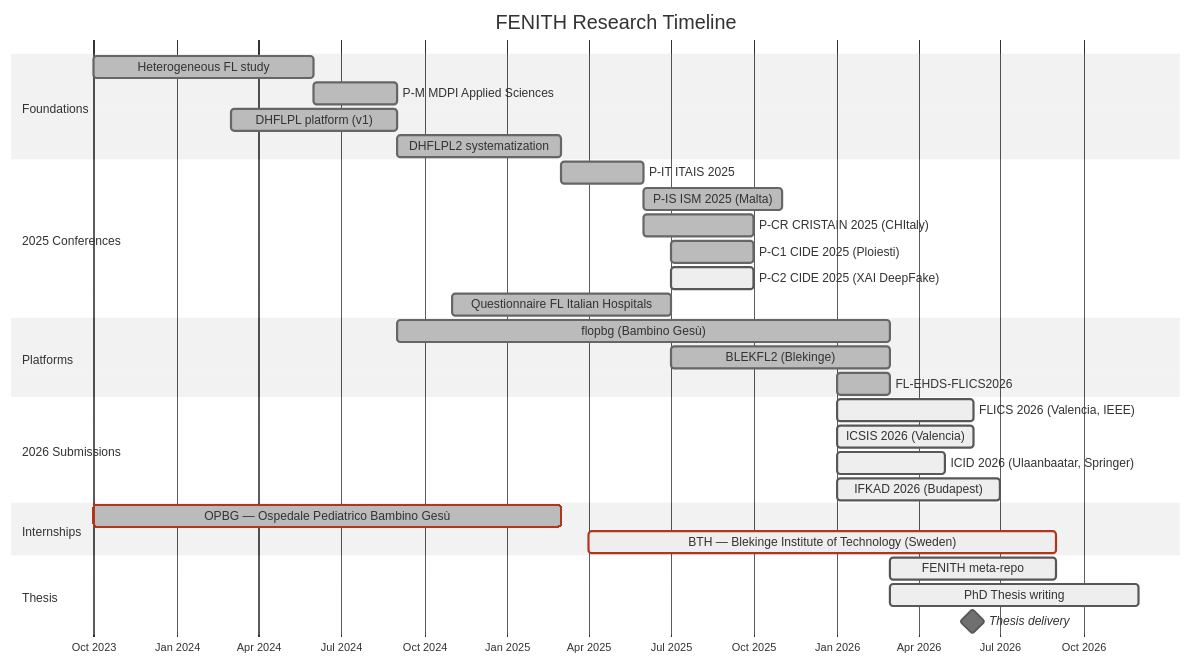
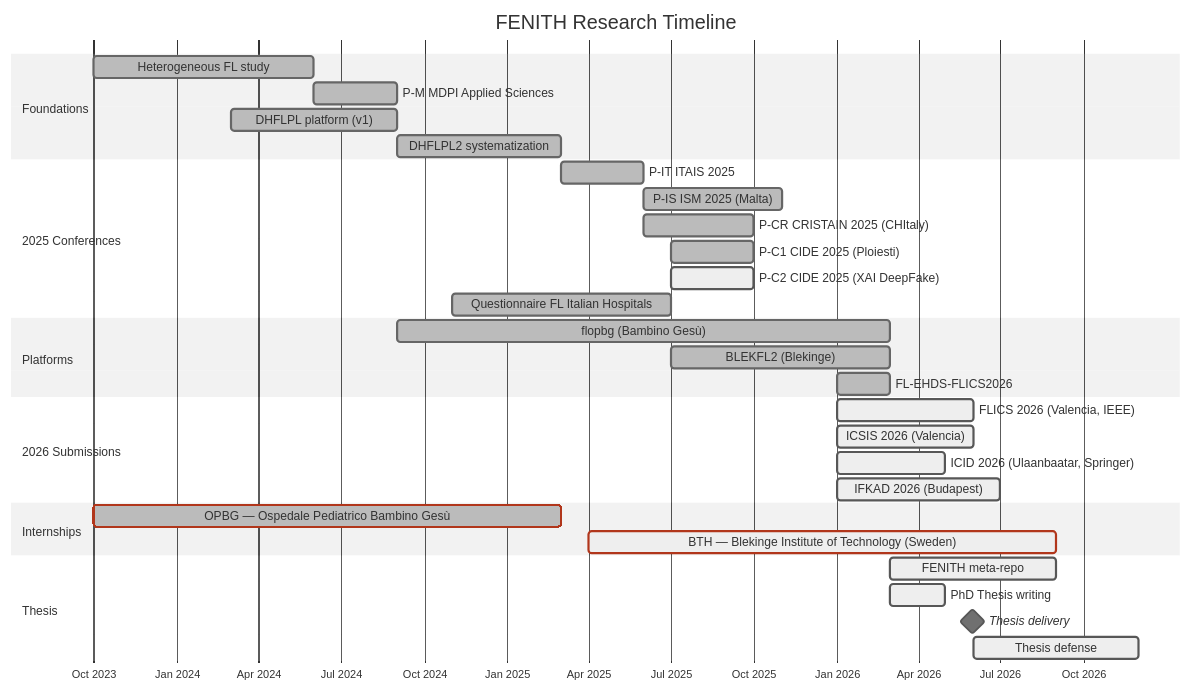
Before and after one commit to FabioLiberti/FENITH2: the diagram in README.md, drawn with Mermaid (neutral theme). The commit also changed other lines of this file and 4 other files, not shown here.

````diff
--- a/README.md
+++ b/README.md
@@ -127,40 +149,41 @@
 ```mermaid
 gantt
     title FENITH Research Timeline
     dateFormat YYYY-MM
     axisFormat %b %Y
 
     section Foundations
     Heterogeneous FL study           :done, 2023-10, 2024-06
     P-M MDPI Applied Sciences        :done, pm, 2024-06, 2024-09
     DHFLPL platform (v1)             :done, 2024-03, 2024-09
     DHFLPL2 systematization          :done, 2024-09, 2025-03
 
     section 2025 Conferences
     P-IT ITAIS 2025                  :done, 2025-03, 2025-06
     P-IS ISM 2025 (Malta)            :done, 2025-06, 2025-11
     P-CR CRISTAIN 2025 (CHItaly)     :done, 2025-06, 2025-10
     P-C1 CIDE 2025 (Ploiesti)       :done, 2025-07, 2025-10
     P-C2 CIDE 2025 (XAI DeepFake)   :active, 2025-07, 2025-10
     Questionnaire FL Italian Hospitals :done, 2024-11, 2025-07
 
     section Platforms
     flopbg (Bambino Gesù)            :done, 2024-09, 2026-03
     BLEKFL2 (Blekinge)               :done, 2025-07, 2026-03
     FL-EHDS-FLICS2026                :done, 2026-01, 2026-03
 
     section 2026 Submissions
     FLICS 2026 (Valencia, IEEE)      :active, 2026-01, 2026-06
     ICSIS 2026 (Valencia)            :active, 2026-01, 2026-06
     ICID 2026 (Ulaanbaatar, Springer):active, 2026-01, 2026-05
     IFKAD 2026 (Budapest)            :active, 2026-01, 2026-07
 
     section Internships
     OPBG — Ospedale Pediatrico Bambino Gesù :crit, done, 2023-10, 2025-03
     BTH — Blekinge Institute of Technology (Sweden) :crit, active, 2025-04, 2026-09
 
     section Thesis
     FENITH meta-repo                 :active, 2026-03, 2026-09
-    PhD Thesis writing               :active, 2026-03, 2026-12
+    PhD Thesis writing               :active, 2026-03, 2026-05
     Thesis delivery                  :milestone, 2026-05-31, 0d
+    Thesis defense                   :active, 2026-06, 2026-12
 ```
````
